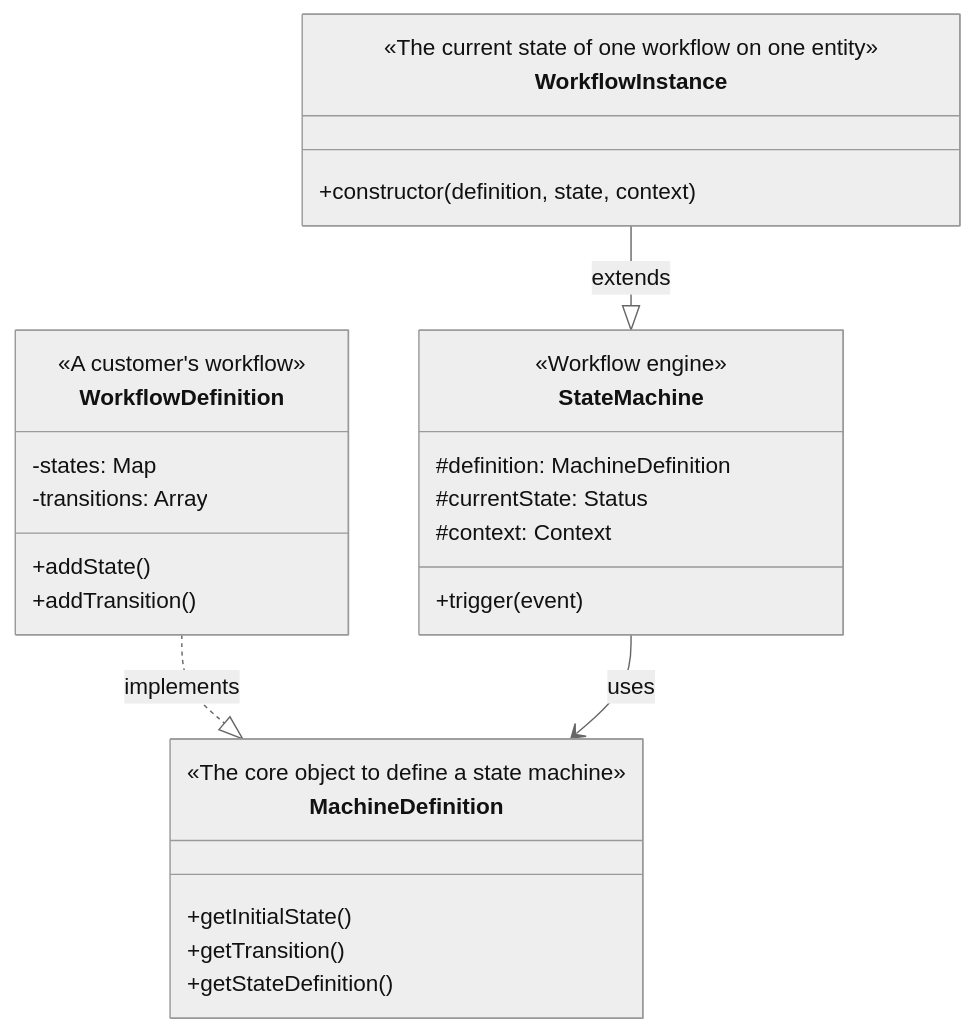
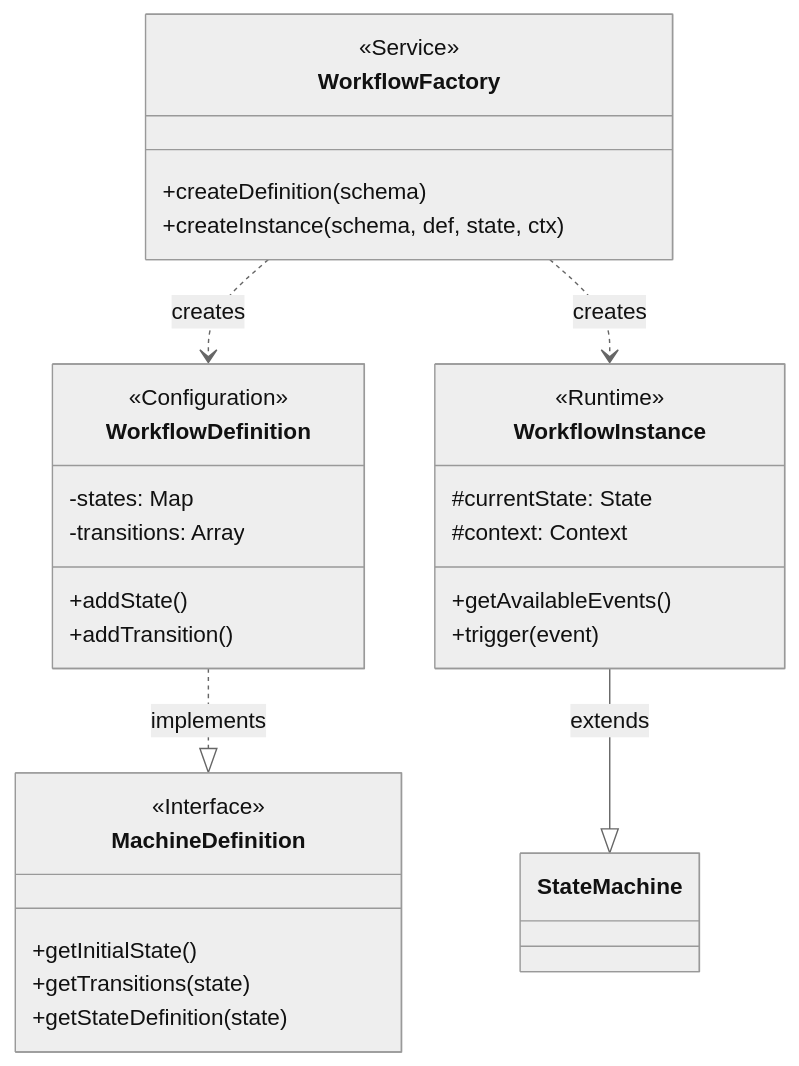
Before and after one commit to OctaveLaventure/workflow-state-machine-poc: the first of 2 diagrams in server/src/workflow/README.md, drawn with Mermaid (neutral theme). The commit also changed other lines of this file and 4 other files, not shown here.

Commit message:
add workflow factory

````diff
--- a/server/src/workflow/README.md
+++ b/server/src/workflow/README.md
@@ -124,34 +125,36 @@
 ```mermaid
 classDiagram
     class MachineDefinition {
-        <<The core object to define a state machine>>
+        <<Interface>>
         +getInitialState()
-        +getTransition()
-        +getStateDefinition()
+        +getTransitions(state)
+        +getStateDefinition(state)
     }
 
     class WorkflowDefinition {
-        <<A customer's workflow>>
+        <<Configuration>>
         -states: Map
         -transitions: Array
         +addState()
         +addTransition()
     }
 
-    class StateMachine {
-        <<Workflow engine>>
-        #definition: MachineDefinition
-        #currentState: Status
+    class WorkflowFactory {
+        <<Service>>
+        +createDefinition(schema)
+        +createInstance(schema, def, state, ctx)
+    }
+
+    class WorkflowInstance {
+        <<Runtime>>
+        #currentState: State
         #context: Context
+        +getAvailableEvents()
         +trigger(event)
     }
 
-    class WorkflowInstance {
-        <<The current state of one workflow on one entity>>
-        +constructor(definition, state, context)
-    }
-
     WorkflowDefinition ..|> MachineDefinition : implements
-    StateMachine --> MachineDefinition : uses
+    WorkflowFactory ..> WorkflowDefinition : creates
+    WorkflowFactory ..> WorkflowInstance : creates
     WorkflowInstance --|> StateMachine : extends
 ```
````
